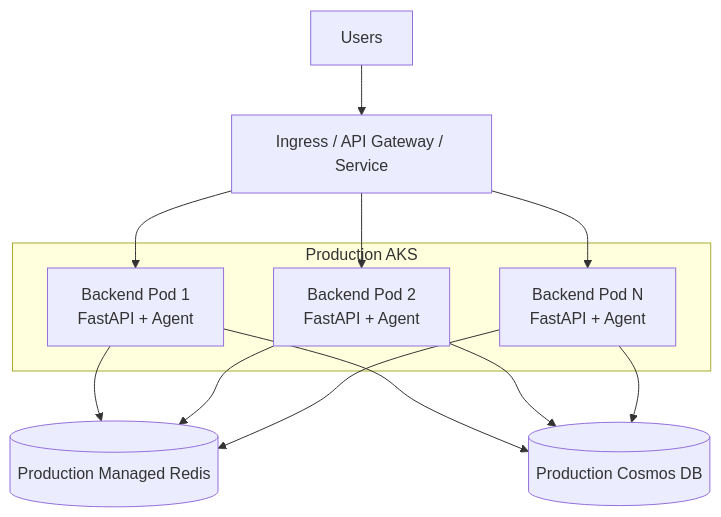
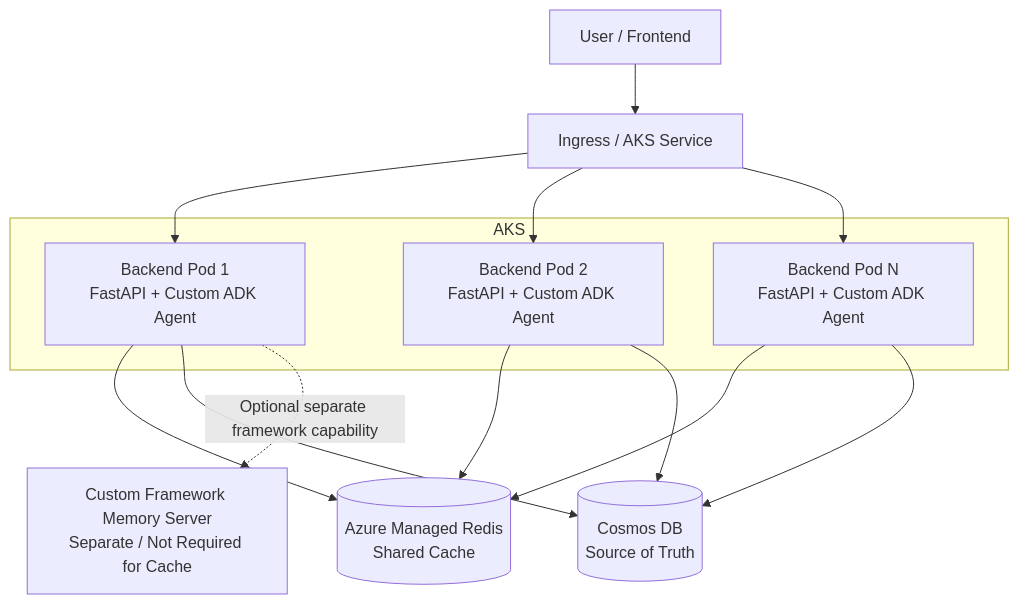
Before and after one commit to raghav29061999/cicdautomation: the second of 2 diagrams in README.md, drawn with Mermaid. The commit also changed other lines of this file, not shown here.

````diff
--- a/README.md
+++ b/README.md
@@ -397,35 +2146,39 @@
 ```mermaid
 flowchart TD
 
-    USER[Users]
+    USER[User / Frontend]
 
-    ENTRY[Ingress / API Gateway / Service]
+    ENTRY[Ingress / AKS Service]
 
-    subgraph AKS[Production AKS]
+    subgraph AKS[AKS]
 
-        P1[Backend Pod 1<br/>FastAPI + Agent]
+        P1[Backend Pod 1<br/>FastAPI + Custom ADK Agent]
 
-        P2[Backend Pod 2<br/>FastAPI + Agent]
+        P2[Backend Pod 2<br/>FastAPI + Custom ADK Agent]
 
-        P3[Backend Pod N<br/>FastAPI + Agent]
+        PN[Backend Pod N<br/>FastAPI + Custom ADK Agent]
 
     end
 
-    REDIS[(Production Managed Redis)]
+    REDIS[(Azure Managed Redis<br/>Shared Cache)]
 
-    COSMOS[(Production Cosmos DB)]
+    COSMOS[(Cosmos DB<br/>Source of Truth)]
+
+    MEMORY[Custom Framework Memory Server<br/>Separate / Not Required for Cache]
 
     USER --> ENTRY
 
     ENTRY --> P1
     ENTRY --> P2
-    ENTRY --> P3
+    ENTRY --> PN
 
     P1 --> REDIS
     P2 --> REDIS
-    P3 --> REDIS
+    PN --> REDIS
 
     P1 --> COSMOS
     P2 --> COSMOS
-    P3 --> COSMOS
+    PN --> COSMOS
+
+    P1 -. Optional separate framework capability .-> MEMORY
 ```
````
